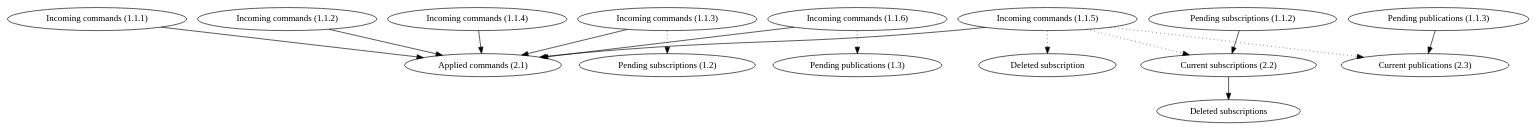
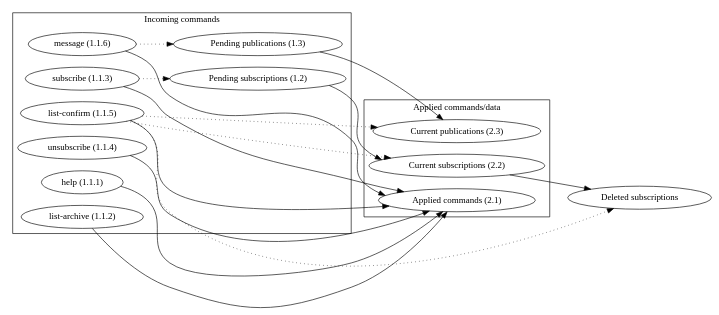
Before and after one commit to tlevine/ypotf: the diagram in docs/data-model.dot, drawn with Graphviz. The commit also changed 1 other file, not shown here.

```diff
--- a/docs/data-model.dot
+++ b/docs/data-model.dot
@@ -1,23 +1,45 @@
 digraph ypotf {
-  "Incoming commands (1.1.1)" -> "Applied commands (2.1)";
-  "Incoming commands (1.1.2)" -> "Applied commands (2.1)";
-  "Incoming commands (1.1.3)" -> "Applied commands (2.1)";
-  "Incoming commands (1.1.4)" -> "Applied commands (2.1)";
-  "Incoming commands (1.1.5)" -> "Applied commands (2.1)";
-  "Incoming commands (1.1.6)" -> "Applied commands (2.1)";
+  rankdir=LR;
+  subgraph cluster_0 {
+    label="Incoming commands";
 
-  "Pending subscriptions (1.1.2)" -> "Current subscriptions (2.2)" ->
+    "help (1.1.1)";
+    "list-archive (1.1.2)";
+    "subscribe (1.1.3)";
+    "unsubscribe (1.1.4)";
+    "list-confirm (1.1.5)";
+    "message (1.1.6)";
+
+    "Pending subscriptions (1.2)";
+    "Pending publications (1.3)";
+  };
+  subgraph cluster_1 {
+    label="Applied commands/data";
+
+    "Applied commands (2.1)";
+    "Current subscriptions (2.2)";
+    "Current publications (2.3)";
+  };
+
+  "help (1.1.1)" -> "Applied commands (2.1)";
+  "list-archive (1.1.2)" -> "Applied commands (2.1)";
+  "subscribe (1.1.3)" -> "Applied commands (2.1)";
+  "unsubscribe (1.1.4)" -> "Applied commands (2.1)";
+  "list-confirm (1.1.5)" -> "Applied commands (2.1)";
+  "message (1.1.6)" -> "Applied commands (2.1)";
+
+  "Pending subscriptions (1.2)" -> "Current subscriptions (2.2)" ->
     "Deleted subscriptions";
-  "Pending publications (1.1.3)" -> "Current publications (2.3)";
+  "Pending publications (1.3)" -> "Current publications (2.3)";
 
-  "Incoming commands (1.1.3)" -> "Pending subscriptions (1.2)" [style=dotted];
-  "Incoming commands (1.1.6)" -> "Pending publications (1.3)" [style=dotted];
+  "subscribe (1.1.3)" -> "Pending subscriptions (1.2)" [style=dotted];
+  "message (1.1.6)" -> "Pending publications (1.3)" [style=dotted];
 
-  "Incoming commands (1.1.5)" -> "Current subscriptions (2.2)" [style=dotted];
-  "Incoming commands (1.1.5)" -> "Current publications (2.3)" [style=dotted];
-  "Incoming commands (1.1.5)" -> "Deleted subscription" [style=dotted];
+  "list-confirm (1.1.5)" -> "Current subscriptions (2.2)" [style=dotted];
+  "list-confirm (1.1.5)" -> "Current publications (2.3)" [style=dotted];
+  "list-confirm (1.1.5)" -> "Deleted subscriptions" [style=dotted];
 
 // Results in sent emails
 //"Incoming commands (1.4)" -> "" [style=dotted];
 
 }
```
